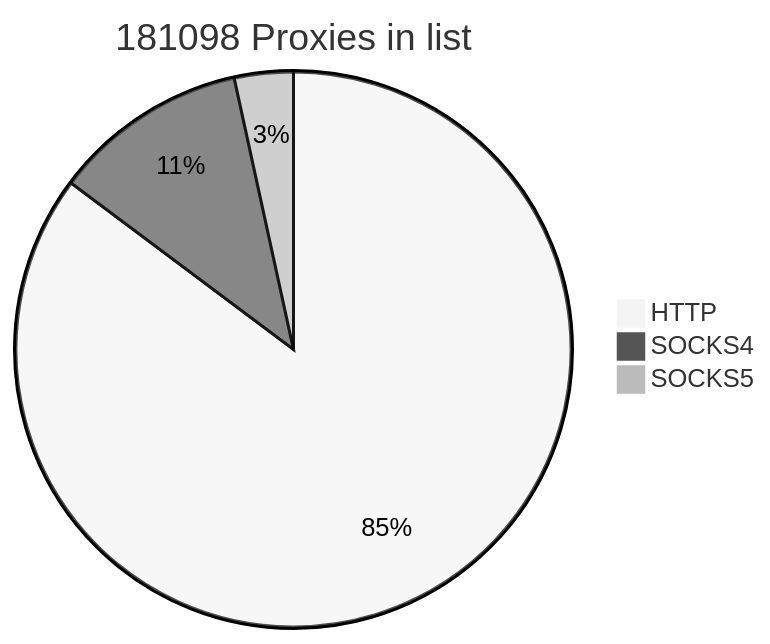
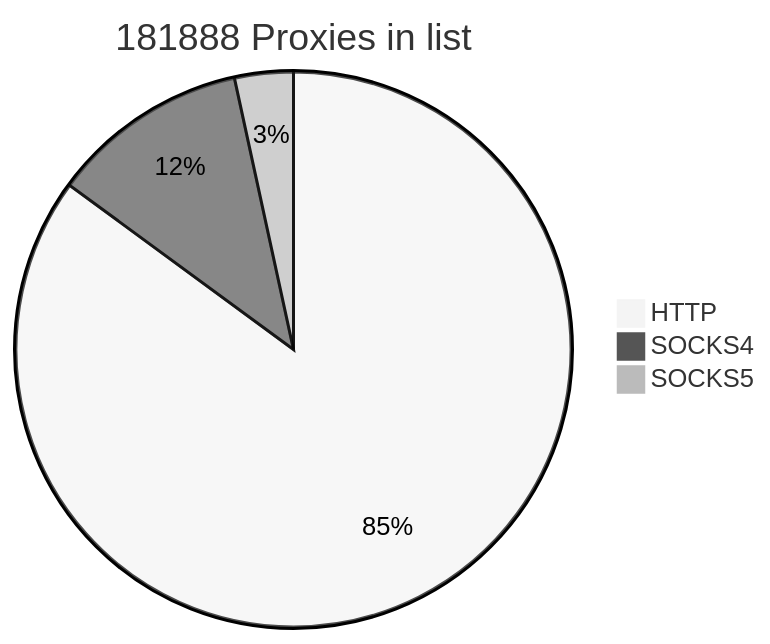
One commit to cutipu/proxylist changed the first of 2 diagrams in README.md. Above: the diagram before and after it, drawn with Mermaid (neutral theme). The commit also changed other lines of this file, not shown here.

````diff
--- a/README.md
+++ b/README.md
@@ -2,7 +2,7 @@
 ```mermaid
-pie title 181098 Proxies in list
-    "HTTP" : 154346
-    "SOCKS4" : 20548
+pie title 181888 Proxies in list
+    "HTTP" : 154739
+    "SOCKS4" : 20945
     "SOCKS5" : 6204
             
 ```
````
